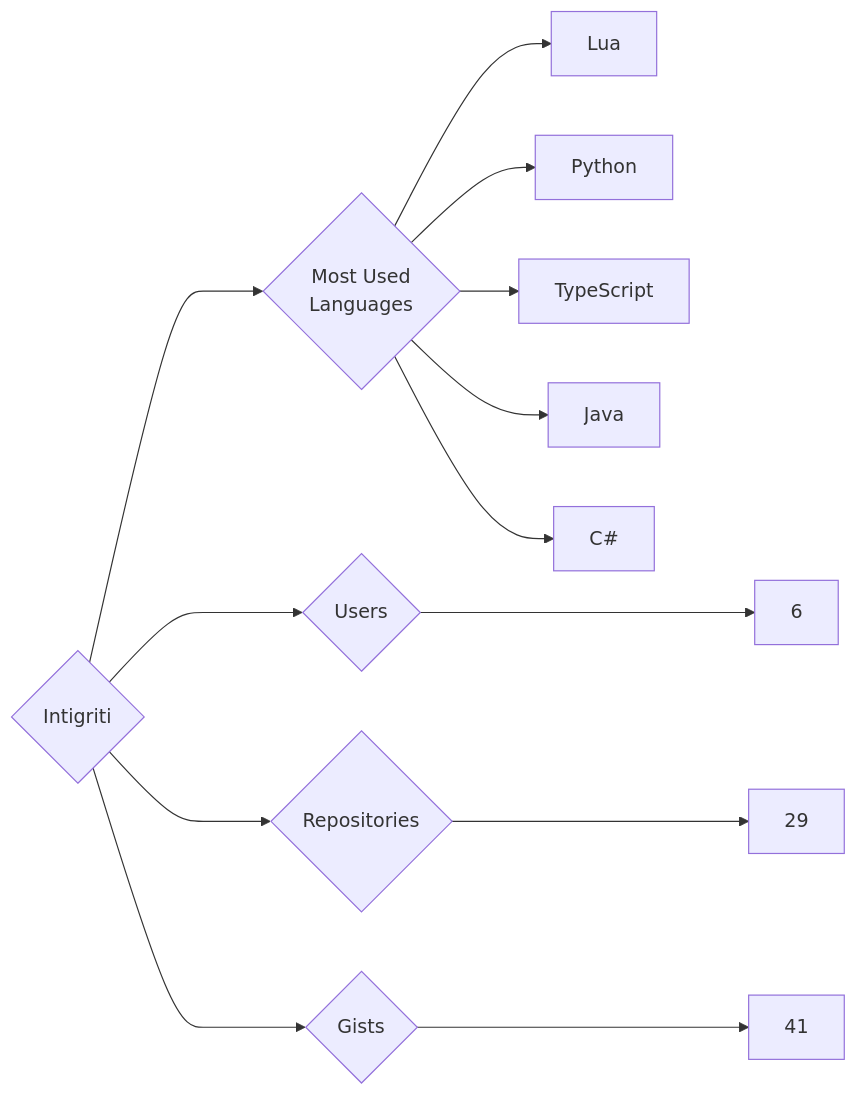
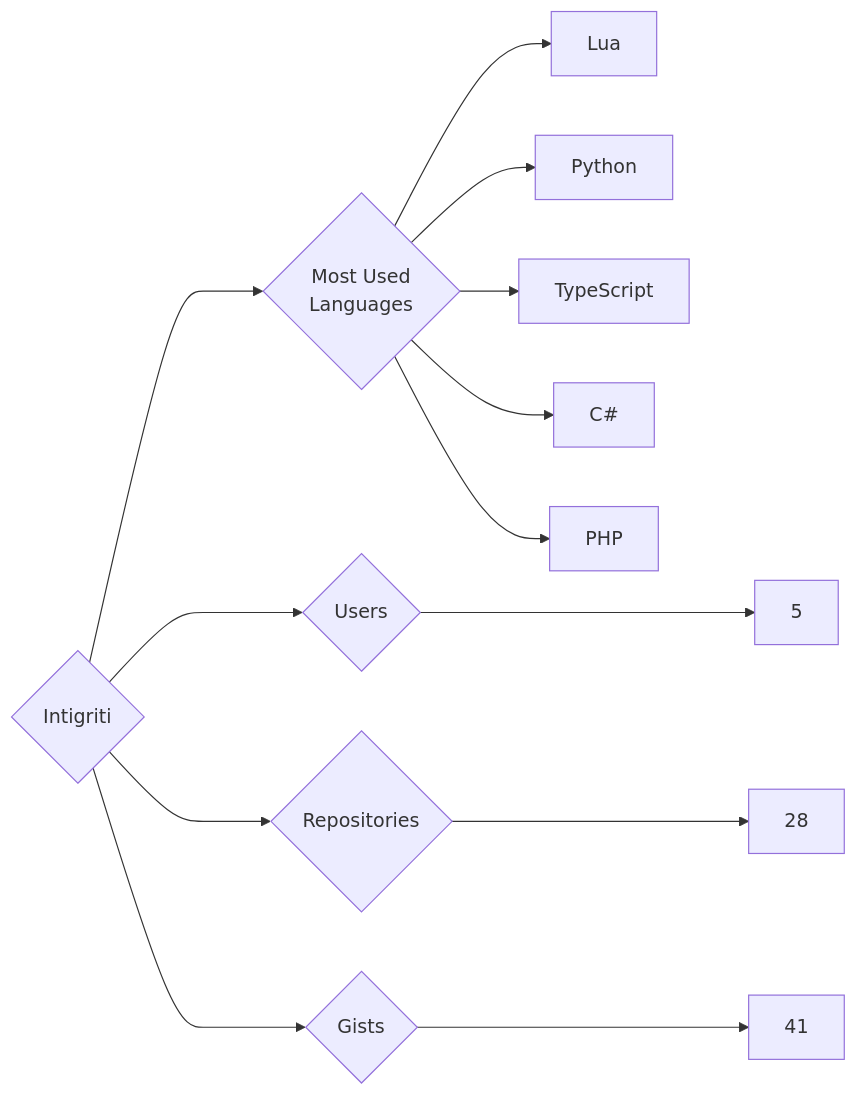
One commit to trickest/insiders changed the diagram in targets/Intigriti/README.md. Above: the diagram before and after it, drawn with Mermaid. The commit also changed 1149 other files, not shown here.

````diff
--- a/targets/Intigriti/README.md
+++ b/targets/Intigriti/README.md
@@ -3,13 +3,13 @@
 ```mermaid
 graph LR
 COMPANY_NAME{Intigriti}
-COMPANY_NAME ---> U{Users} ---> UN[6]
-COMPANY_NAME ---> R{Repositories} ---> RN[29]
+COMPANY_NAME ---> U{Users} ---> UN[5]
+COMPANY_NAME ---> R{Repositories} ---> RN[28]
 COMPANY_NAME ---> G{Gists} ---> GN[41]
 COMPANY_NAME ---> ML{Most Used<br>Languages}
 ML --> Lua[Lua]
 ML --> Python[Python]
 ML --> TypeScript[TypeScript]
-ML --> Java[Java]
 ML --> C#[C#]
+ML --> PHP[PHP]
 ```
````
